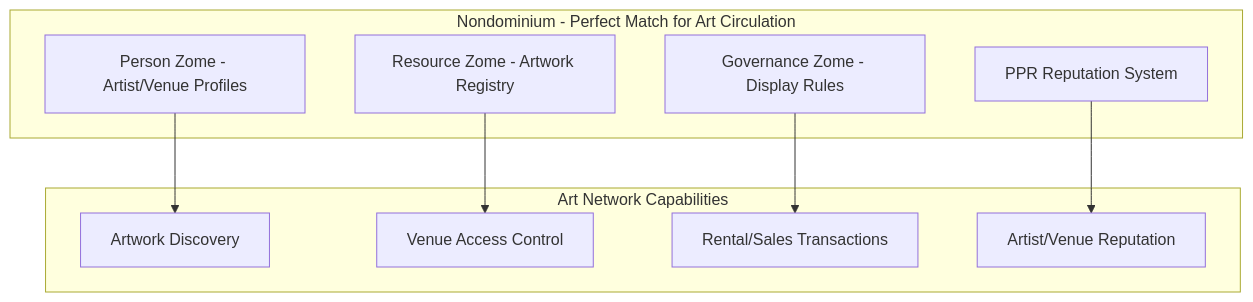
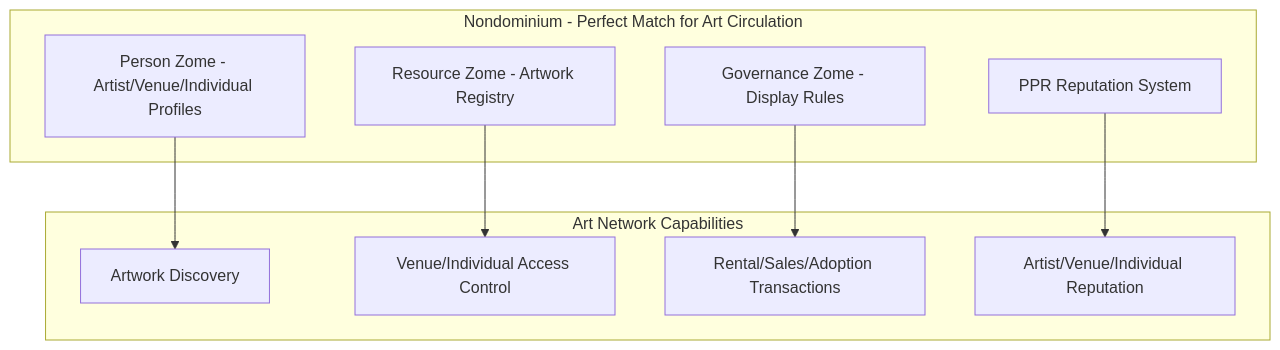
One commit to Sensorica/nondominium changed the first of 12 diagrams in documentation/Applications/user-story/user-story-artcoin.md. Above: the diagram before and after it, drawn with Mermaid. The commit also changed other lines of this file and 99 other files, not shown here.

````diff
--- a/documentation/Applications/user-story/user-story-artcoin.md
+++ b/documentation/Applications/user-story/user-story-artcoin.md
@@ -16,21 +28,21 @@
 ```mermaid
 graph TB
     subgraph "Nondominium - Perfect Match for Art Circulation"
-        Person[Person Zome - Artist/Venue Profiles]
+        Person[Person Zome - Artist/Venue/Individual Profiles]
         Resource[Resource Zome - Artwork Registry]
         Governance[Governance Zome - Display Rules]
         PPR[PPR Reputation System]
     end
 
     subgraph "Art Network Capabilities"
         Discovery[Artwork Discovery]
-        Access[Venue Access Control]
-        Transactions[Rental/Sales Transactions]
-        Reputation[Artist/Venue Reputation]
+        Access[Venue/Individual Access Control]
+        Transactions[Rental/Sales/Adoption Transactions]
+        Reputation[Artist/Venue/Individual Reputation]
     end
 
     Person --> Discovery
     Resource --> Access
     Governance --> Transactions
     PPR --> Reputation
 ```
````
